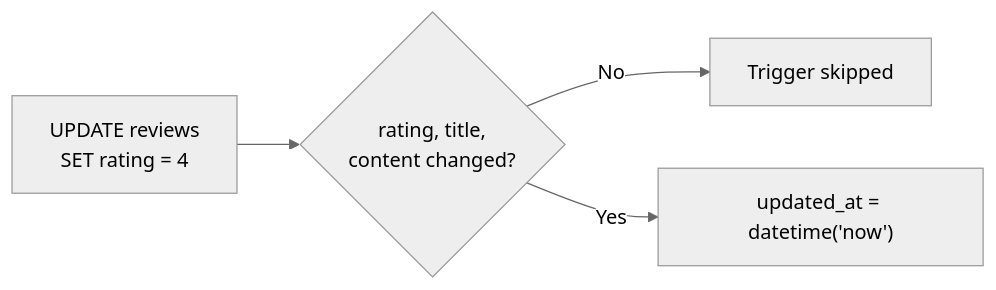
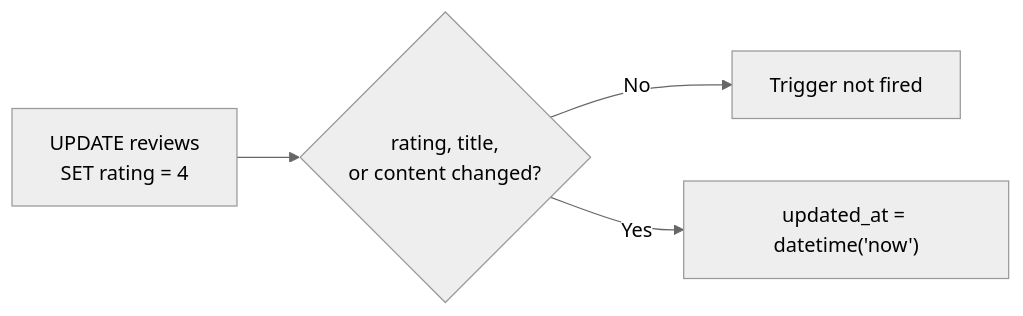
Before and after one commit to civilian7/sql-tutorial: the fifth of 5 diagrams in docs/en/schema/triggers.md, drawn with Mermaid (neutral theme). The commit also changed other lines of this file and 121 other files, not shown here.

````diff
--- a/docs/en/schema/triggers.md
+++ b/docs/en/schema/triggers.md
@@ -127,8 +142,8 @@
 ```mermaid
 flowchart LR
     A["UPDATE reviews
     SET rating = 4"] --> B{"rating, title,
-    content changed?"}
-    B -- No --> C[Trigger skipped]
+    or content changed?"}
+    B -- No --> C[Trigger not fired]
     B -- Yes --> D["updated_at = datetime('now')"]
 ```
````
